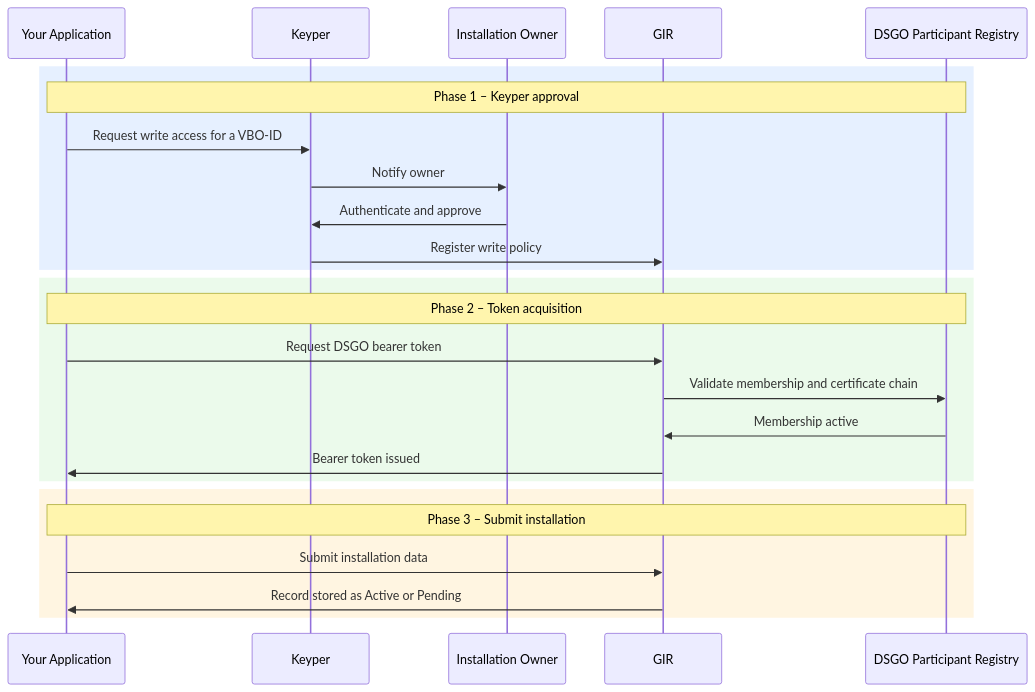
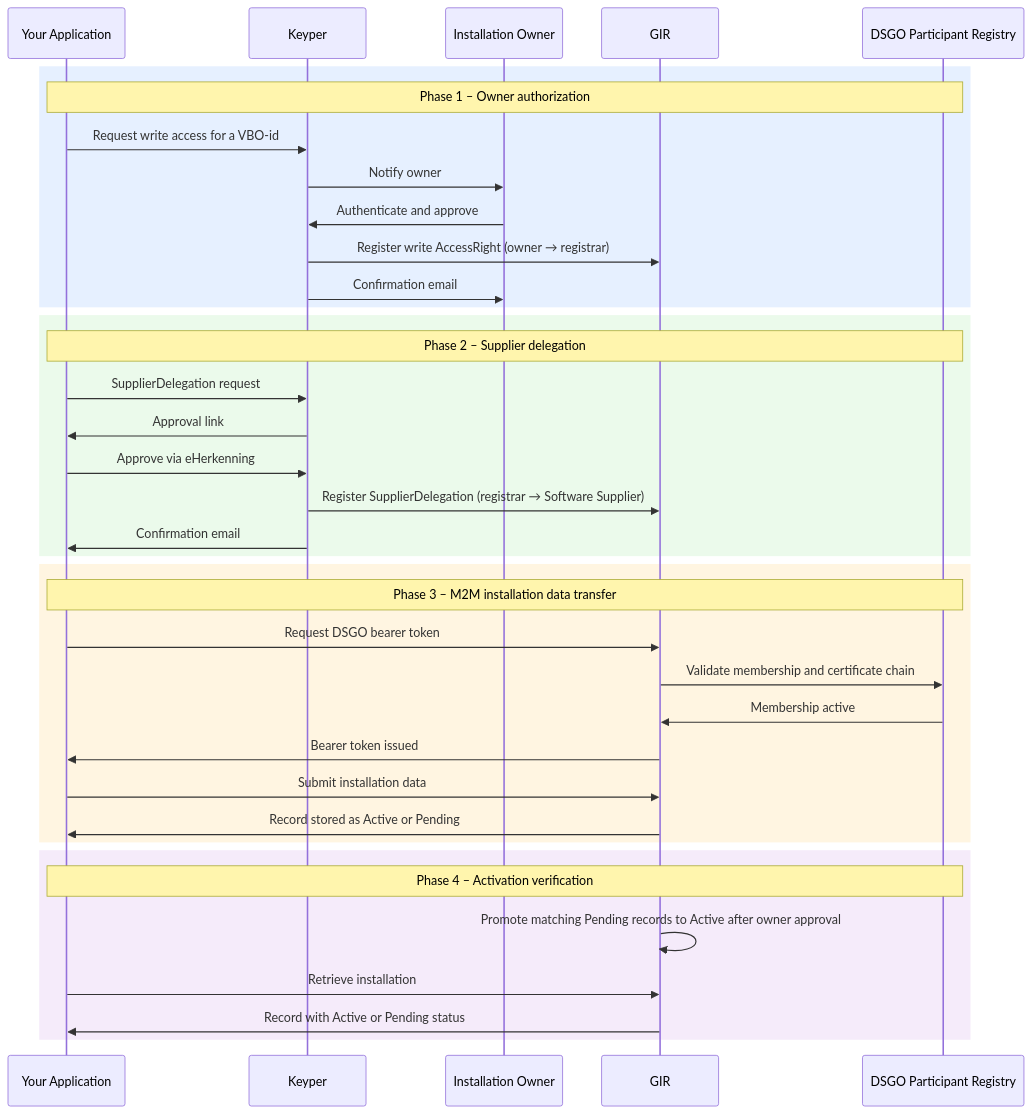
The diagram in gir/registrar.md (POORT8/Poort8.Docs), drawn with Mermaid before and after one commit. The commit also changed other lines of this file and 35 other files, not shown here.

````diff
--- a/gir/registrar.md
+++ b/gir/registrar.md
@@ -28,30 +20,43 @@
 ```mermaid
 sequenceDiagram
     participant app as Your Application
     participant keyper as Keyper
     participant owner as Installation Owner
     participant gir as GIR
     participant sat as DSGO Participant Registry
 
     rect rgb(230, 240, 255)
-    note over app,sat: Phase 1 – Keyper approval
-    app->>keyper: Request write access for a VBO-ID
+    note over app,sat: Phase 1 – Owner authorization
+    app->>keyper: Request write access for a VBO-id
     keyper->>owner: Notify owner
     owner->>keyper: Authenticate and approve
-    keyper->>gir: Register write policy
+    keyper->>gir: Register write AccessRight (owner → registrar)
+    keyper->>owner: Confirmation email
     end
 
     rect rgb(235, 250, 235)
-    note over app,sat: Phase 2 – Token acquisition
+    note over app,sat: Phase 2 – Supplier delegation
+    app->>keyper: SupplierDelegation request
+    keyper->>app: Approval link
+    app->>keyper: Approve via eHerkenning
+    keyper->>gir: Register SupplierDelegation (registrar → Software Supplier)
+    keyper->>app: Confirmation email
+    end
+
+    rect rgb(255, 245, 225)
+    note over app,sat: Phase 3 – M2M installation data transfer
     app->>gir: Request DSGO bearer token
     gir->>sat: Validate membership and certificate chain
     sat->>gir: Membership active
     gir->>app: Bearer token issued
-    end
-
-    rect rgb(255, 245, 225)
-    note over app,sat: Phase 3 – Submit installation
     app->>gir: Submit installation data
     gir->>app: Record stored as Active or Pending
     end
+
+    rect rgb(245, 235, 250)
+    note over app,sat: Phase 4 – Activation verification
+    gir->>gir: Promote matching Pending records to Active after owner approval
+    app->>gir: Retrieve installation
+    gir->>app: Record with Active or Pending status
+    end
 ```
````
